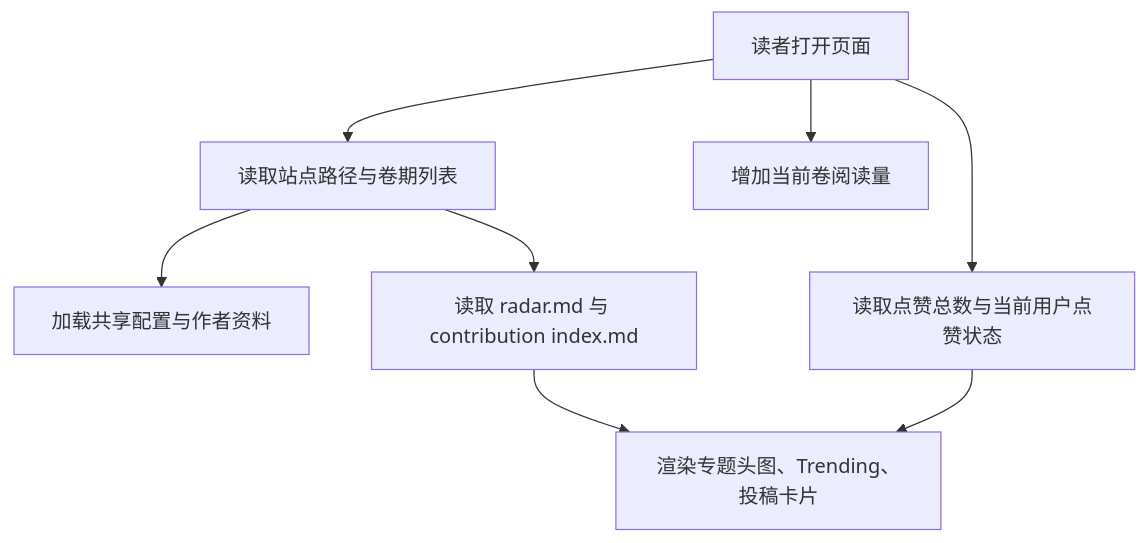
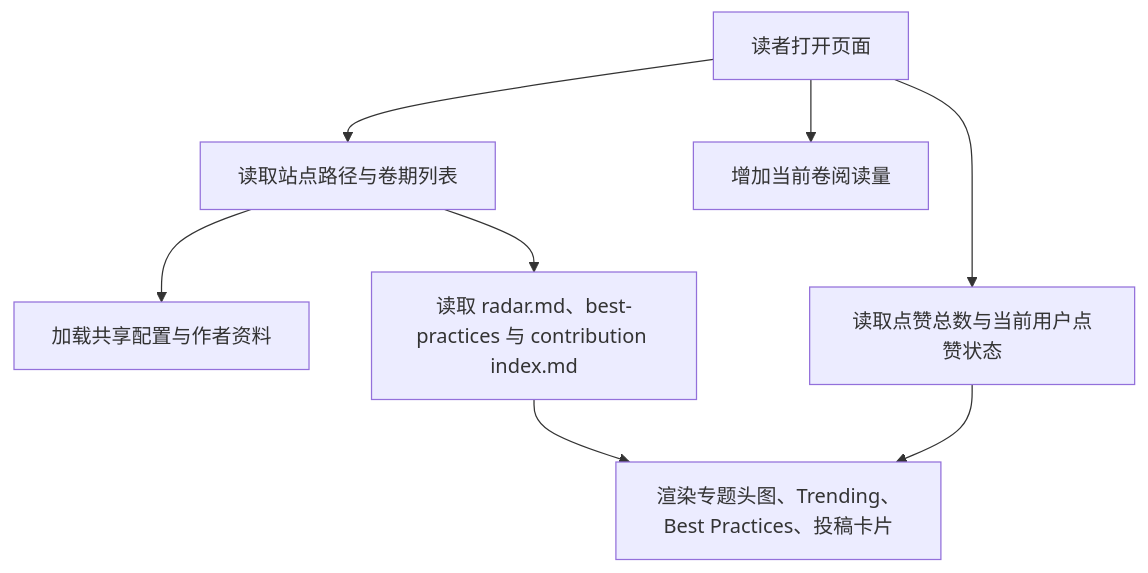
One commit to huyusong10/tech_radar_web changed the first of 2 diagrams in design/system-overview.md. Above: the diagram before and after it, drawn with Mermaid. The commit also changed other lines of this file and 9 other files, not shown here.

````diff
--- a/design/system-overview.md
+++ b/design/system-overview.md
@@ -24,10 +24,10 @@
 ```mermaid
 flowchart TD
     A["读者打开页面"] --> B["读取站点路径与卷期列表"]
     B --> C["加载共享配置与作者资料"]
-    B --> D["读取 radar.md 与 contribution index.md"]
-    D --> E["渲染专题头图、Trending、投稿卡片"]
+    B --> D["读取 radar.md、best-practices 与 contribution index.md"]
+    D --> E["渲染专题头图、Trending、Best Practices、投稿卡片"]
     A --> F["增加当前卷阅读量"]
     A --> G["读取点赞总数与当前用户点赞状态"]
     G --> E
 ```
````
